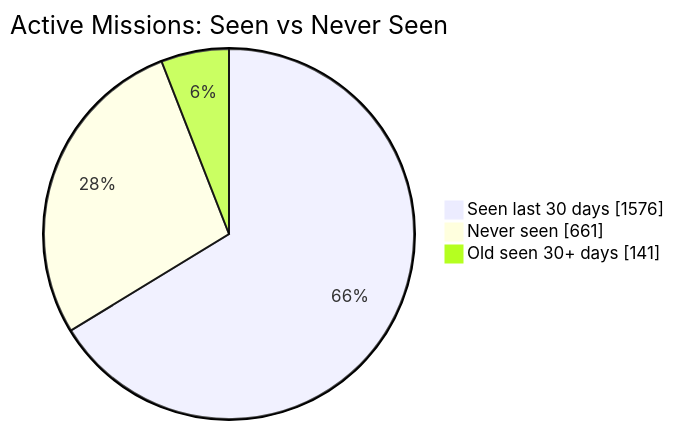
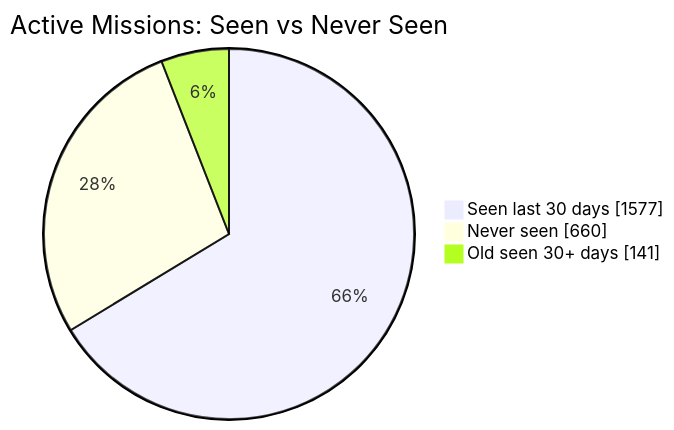
The first of 2 diagrams in README.md (MeldkamerspelGameTeam/active-missions), drawn with Mermaid before and after one commit. The commit also changed other lines of this file and 2 other files, not shown here.

````diff
--- a/README.md
+++ b/README.md
@@ -34,7 +34,7 @@
 ```mermaid
 pie showData
     title Active Missions: Seen vs Never Seen
-    "Seen last 30 days" : 1576
-    "Never seen" : 661
+    "Seen last 30 days" : 1577
+    "Never seen" : 660
     "Old seen 30+ days" : 141
 ```
````
